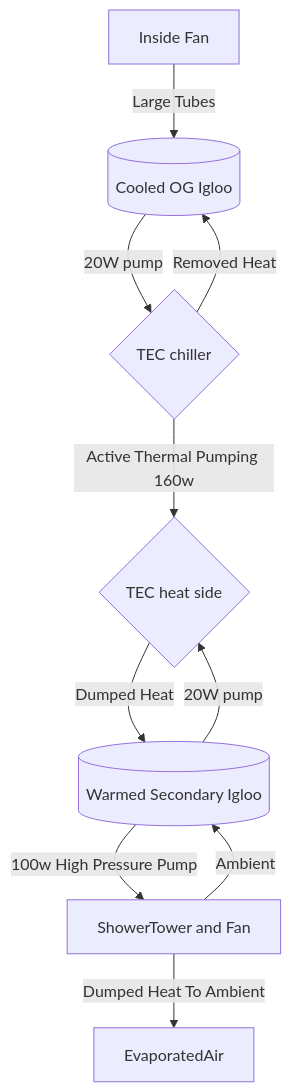
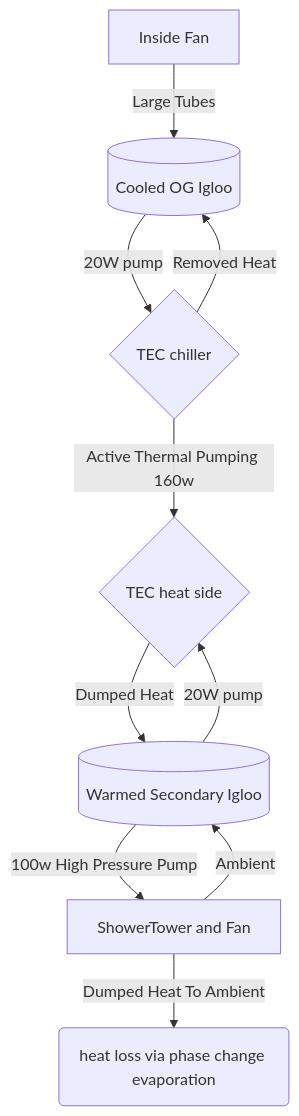
The diagram in src/cooling/readme.md (ericdmoore/casitaAzul), drawn with Mermaid before and after one commit.

Commit message:
diagram updates.10

````diff
--- a/src/cooling/readme.md
+++ b/src/cooling/readme.md
@@ -28,13 +28,13 @@
 ```mermaid
 flowchart TD
 
    IDU[Inside Fan] -->|Large Tubes| IDUtub[(Cooled OG Igloo)]
    IDUtub -->|20W pump| TECcold{TEC chiller}
    TECcold --> |Removed Heat| IDUtub
    TECcold --> |Active Thermal Pumping 160w| TEChot{TEC heat side}
    ODUtub[(Warmed Secondary Igloo)] -->|20W pump| TEChot
    TEChot -->|Dumped Heat| ODUtub
    ODUtub --> |100w High Pressure Pump| ShowerTower[ShowerTower and Fan]
    ShowerTower --> |Ambient| ODUtub
-   ShowerTower --> |Dumped Heat To Ambient| EvaporatedAir
+   ShowerTower --> |Dumped Heat To Ambient| air(heat loss via phase change evaporation)
 ```
````
